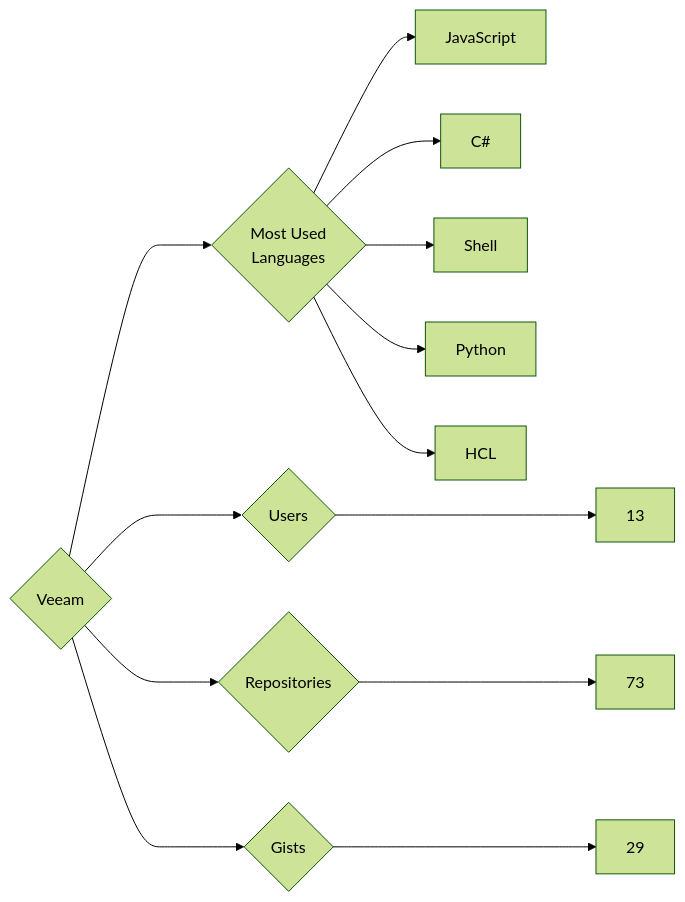
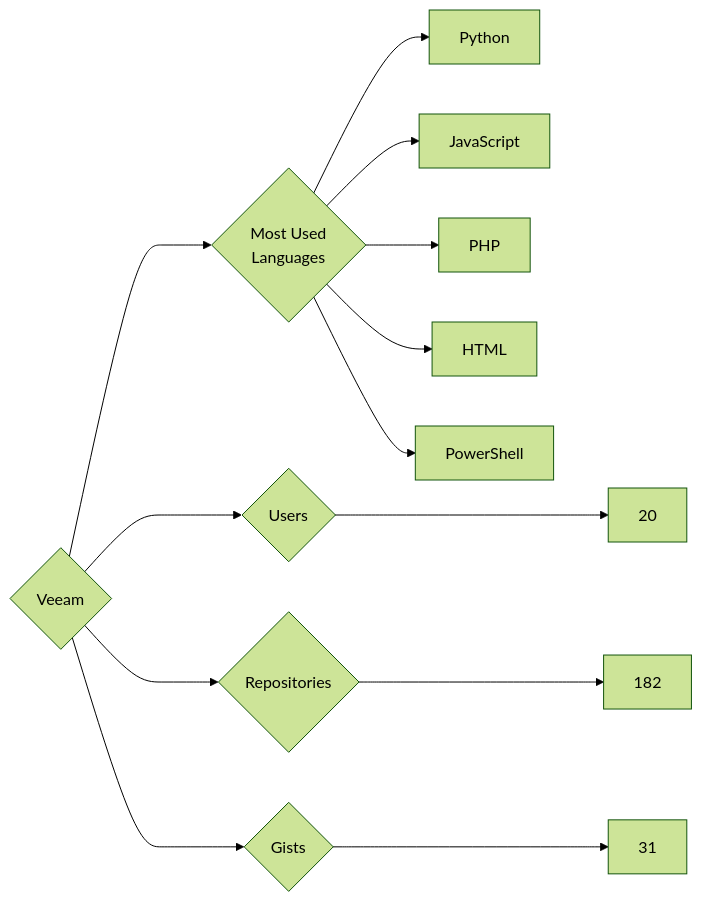
One commit to trickest/insiders changed the diagram in targets/Veeam/README.md. Above: the diagram before and after it, drawn with Mermaid (forest theme). The commit also changed 895 other files, not shown here.

````diff
--- a/targets/Veeam/README.md
+++ b/targets/Veeam/README.md
@@ -3,13 +3,13 @@
 ```mermaid
 graph LR
 COMPANY_NAME{Veeam}
-COMPANY_NAME ---> U{Users} ---> UN[13]
-COMPANY_NAME ---> R{Repositories} ---> RN[73]
-COMPANY_NAME ---> G{Gists} ---> GN[29]
+COMPANY_NAME ---> U{Users} ---> UN[20]
+COMPANY_NAME ---> R{Repositories} ---> RN[182]
+COMPANY_NAME ---> G{Gists} ---> GN[31]
 COMPANY_NAME ---> ML{Most Used<br>Languages}
+ML --> Python[Python]
 ML --> JavaScript[JavaScript]
-ML --> C#[C#]
-ML --> Shell[Shell]
-ML --> Python[Python]
-ML --> HCL[HCL]
+ML --> PHP[PHP]
+ML --> HTML[HTML]
+ML --> PowerShell[PowerShell]
 ```
````
